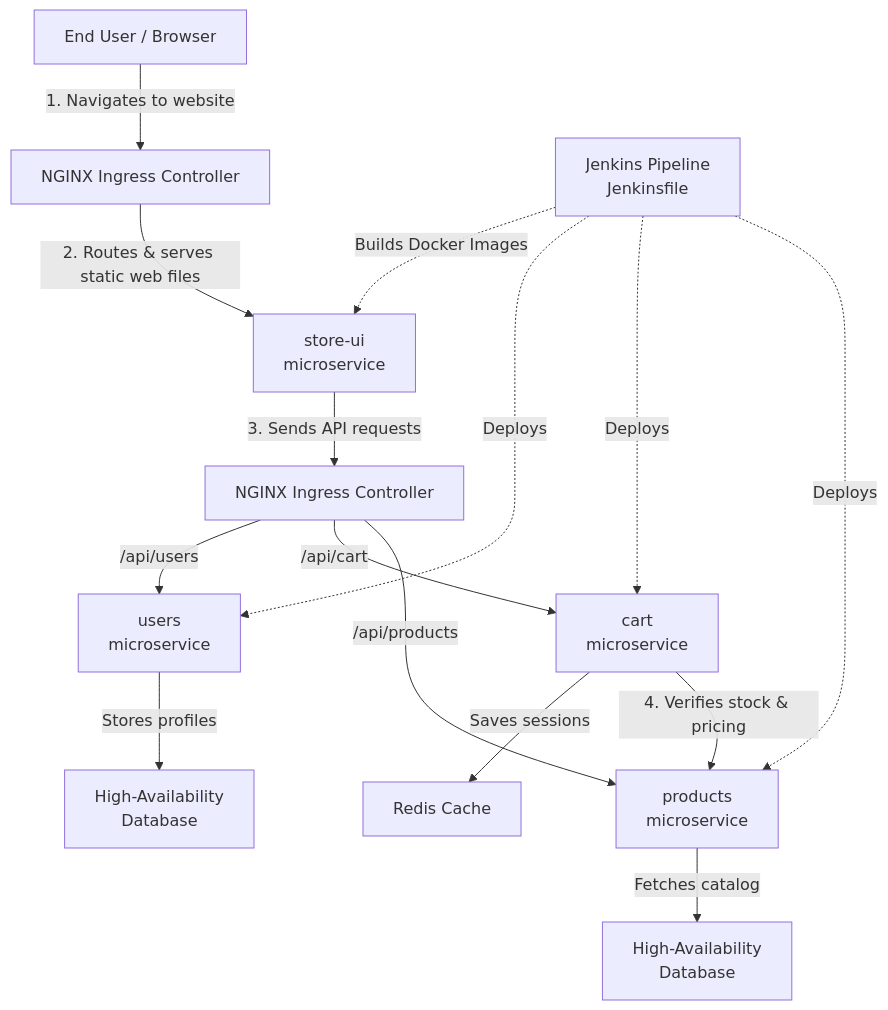
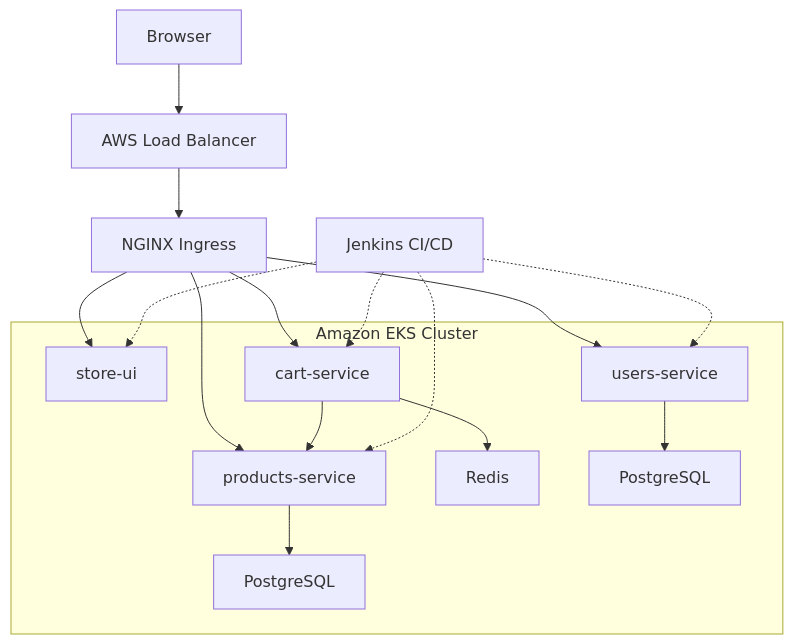
One commit to maxiemoses-eu/StreamlinePayX-3 changed the diagram in README.md. Above: the diagram before and after it, drawn with Mermaid.

Commit message:
ammended the  architectural diagram II

````diff
--- a/README.md
+++ b/README.md
@@ -3,44 +3,44 @@
 ```mermaid
 flowchart TB
 
-    User["End User / Browser"]
+    User["Browser"]
 
-    IngressWeb["NGINX Ingress Controller"]
+    ALB["AWS Load Balancer"]
 
-    UI["store-ui<br/>microservice"]
+    Ingress["NGINX Ingress"]
 
-    IngressAPI["NGINX Ingress Controller"]
+    subgraph EKS["Amazon EKS Cluster"]
 
-    Users["users<br/>microservice"]
-    Cart["cart<br/>microservice"]
-    Products["products<br/>microservice"]
+        UI["store-ui"]
 
-    UserDB["High-Availability<br/>Database"]
-    Redis["Redis Cache"]
-    ProductDB["High-Availability<br/>Database"]
+        Users["users-service"]
+        Cart["cart-service"]
+        Products["products-service"]
 
-    Jenkins["Jenkins Pipeline<br/>Jenkinsfile"]
+        Redis["Redis"]
 
-    User -->|"1. Navigates to website"| IngressWeb
+        UserDB["PostgreSQL"]
+        ProductDB["PostgreSQL"]
+    end
 
-    IngressWeb -->|"2. Routes & serves static web files"| UI
+    Jenkins["Jenkins CI/CD"]
 
-    UI -->|"3. Sends API requests"| IngressAPI
+    User --> ALB
+    ALB --> Ingress
 
-    IngressAPI -->|"/api/users"| Users
-    IngressAPI -->|"/api/cart"| Cart
-    IngressAPI -->|"/api/products"| Products
+    Ingress --> UI
 
-    Users -->|"Stores profiles"| UserDB
+    Ingress --> Users
+    Ingress --> Cart
+    Ingress --> Products
 
-    Cart -->|"Saves sessions"| Redis
+    Users --> UserDB
+    Cart --> Redis
+    Cart --> Products
+    Products --> ProductDB
 
-    Products -->|"Fetches catalog"| ProductDB
-
-    Cart -->|"4. Verifies stock & pricing"| Products
-
-    Jenkins -.->|"Builds Docker Images"| UI
-    Jenkins -.->|"Deploys"| Users
-    Jenkins -.->|"Deploys"| Cart
-    Jenkins -.->|"Deploys"| Products
+    Jenkins -.-> UI
+    Jenkins -.-> Users
+    Jenkins -.-> Cart
+    Jenkins -.-> Products
 ```
````
